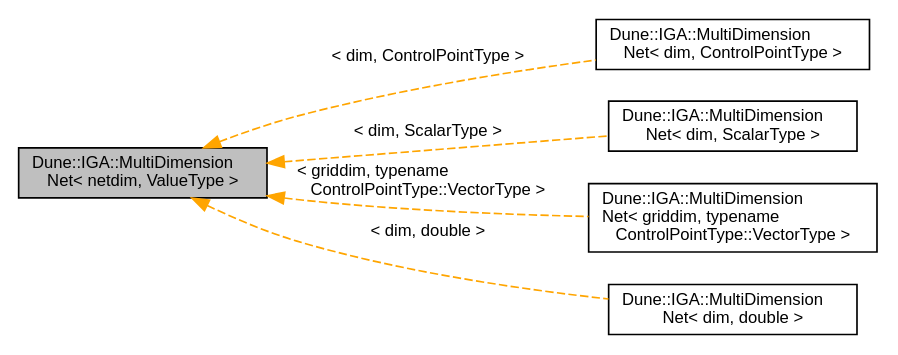
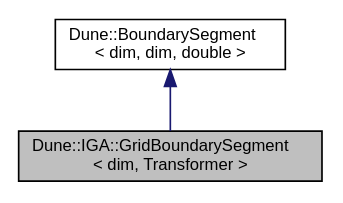
One commit to rath3t/dune-iga-doc changed the diagram in d5/d8e/a01390.dot. Above: the diagram before and after it, drawn with Graphviz. The commit also changed 946 other files, not shown here.

Commit message:
deploy: rath3t/dune-iga@1129f046371dfd55370a9dcff02a6aba99e36e4c

```diff
--- a/d5/d8e/a01390.dot
+++ b/d5/d8e/a01390.dot
@@ -1,16 +1,9 @@
-digraph "Dune::IGA::MultiDimensionNet&lt; netdim, ValueType &gt;"
+digraph "Dune::IGA::GridBoundarySegment&lt; dim, Transformer &gt;"
 {
  // LATEX_PDF_SIZE
   edge [fontname="Helvetica",fontsize="10",labelfontname="Helvetica",labelfontsize="10"];
   node [fontname="Helvetica",fontsize="10",shape=record];
-  rankdir="LR";
-  Node1 [label="Dune::IGA::MultiDimension\lNet\< netdim, ValueType \>",height=0.2,width=0.4,color="black", fillcolor="grey75", style="filled", fontcolor="black",tooltip="class holds a n-dim net"];
-  Node1 -> Node2 [dir="back",color="orange",fontsize="10",style="dashed",label=" \< dim, ControlPointType \>" ,fontname="Helvetica"];
-  Node2 [label="Dune::IGA::MultiDimension\lNet\< dim, ControlPointType \>",height=0.2,width=0.4,color="black", fillcolor="white", style="filled",URL="$dc/dbc/a01391.html",tooltip=" "];
-  Node1 -> Node3 [dir="back",color="orange",fontsize="10",style="dashed",label=" \< dim, ScalarType \>" ,fontname="Helvetica"];
-  Node3 [label="Dune::IGA::MultiDimension\lNet\< dim, ScalarType \>",height=0.2,width=0.4,color="black", fillcolor="white", style="filled",URL="$dc/dbc/a01391.html",tooltip=" "];
-  Node1 -> Node4 [dir="back",color="orange",fontsize="10",style="dashed",label=" \< griddim, typename\l ControlPointType::VectorType \>" ,fontname="Helvetica"];
-  Node4 [label="Dune::IGA::MultiDimension\lNet\< griddim, typename\l ControlPointType::VectorType \>",height=0.2,width=0.4,color="black", fillcolor="white", style="filled",URL="$dc/dbc/a01391.html",tooltip=" "];
-  Node1 -> Node5 [dir="back",color="orange",fontsize="10",style="dashed",label=" \< dim, double \>" ,fontname="Helvetica"];
-  Node5 [label="Dune::IGA::MultiDimension\lNet\< dim, double \>",height=0.2,width=0.4,color="black", fillcolor="white", style="filled",URL="$dc/dbc/a01391.html",tooltip=" "];
+  Node1 [label="Dune::IGA::GridBoundarySegment\l\< dim, Transformer \>",height=0.2,width=0.4,color="black", fillcolor="grey75", style="filled", fontcolor="black",tooltip=" "];
+  Node2 -> Node1 [dir="back",color="midnightblue",fontsize="10",style="solid",fontname="Helvetica"];
+  Node2 [label="Dune::BoundarySegment\l\< dim, dim, double \>",height=0.2,width=0.4,color="black", fillcolor="white", style="filled",tooltip=" "];
 }
```
